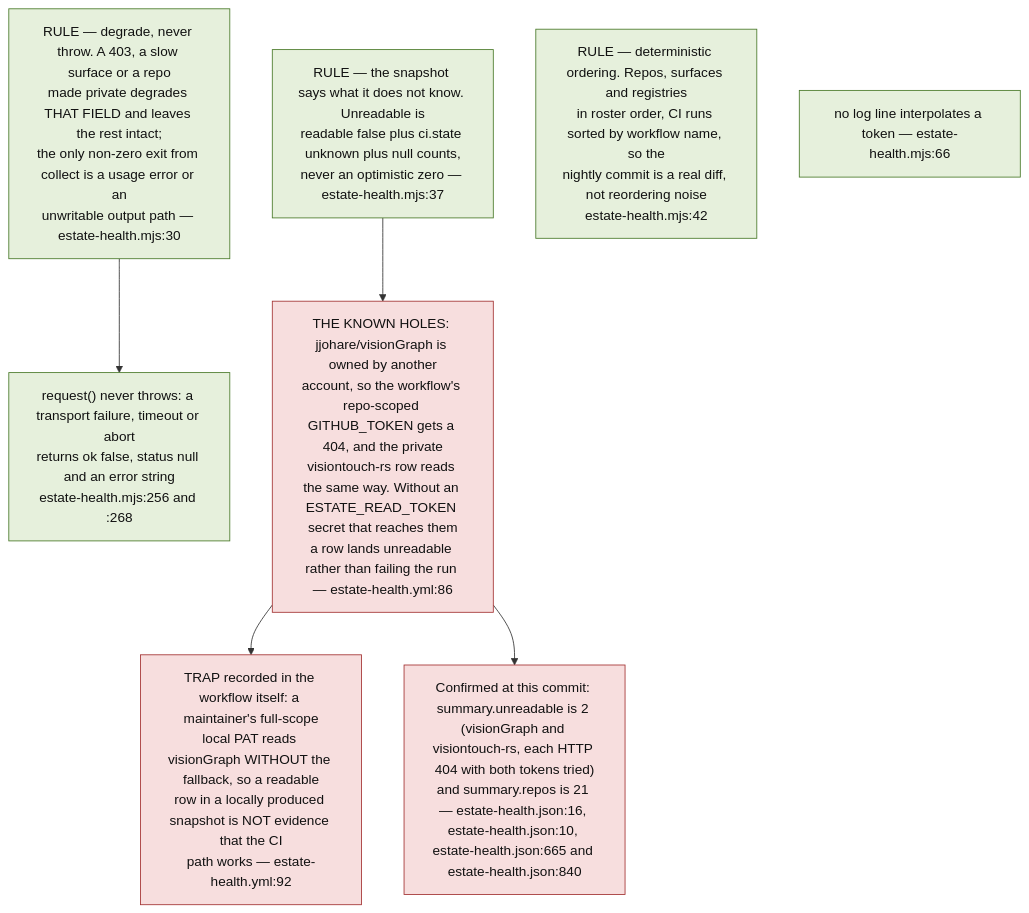
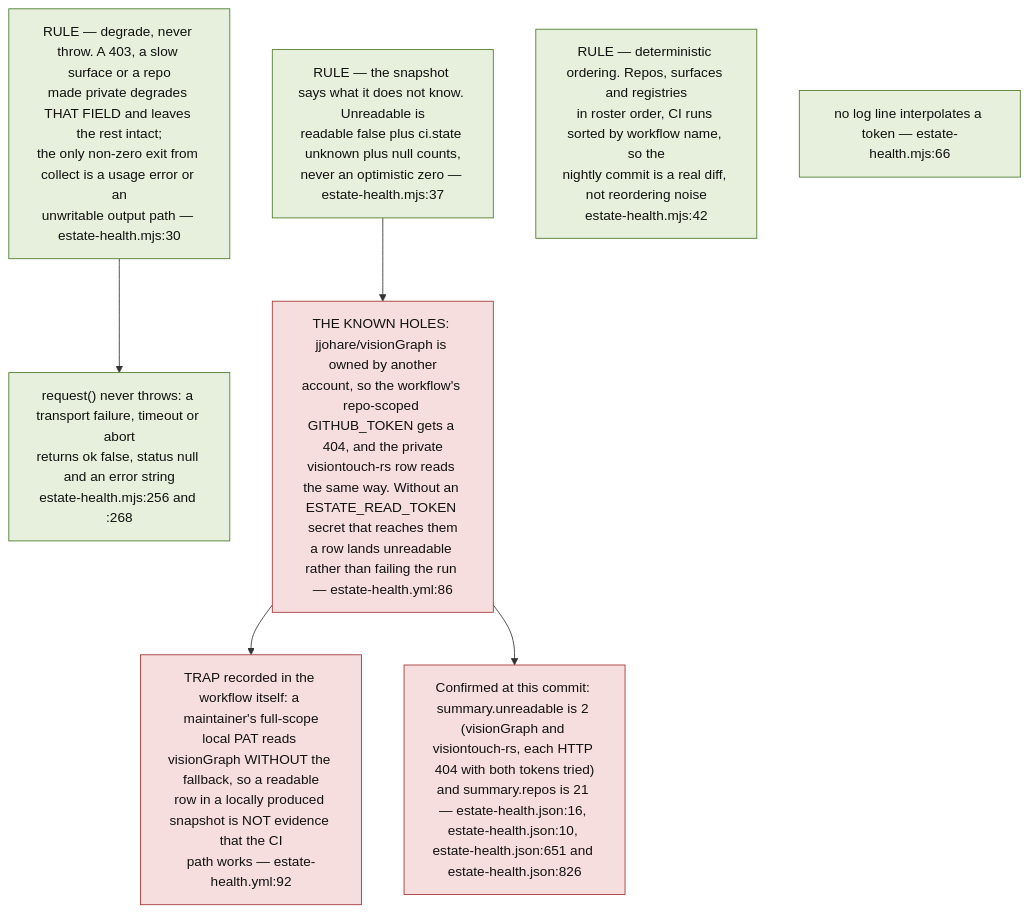
One commit to DreamLab-AI/VisionFlow changed the fifth of 9 diagrams in docs/diagrams/visionflow/03-estate-health.md. Above: the diagram before and after it, drawn with Mermaid. The commit also changed other lines of this file and 70 other files, not shown here.

First line of the commit message:
docs(diagrams): re-verify 69 topics at current default-branch heads

````diff
--- a/docs/diagrams/visionflow/03-estate-health.md
+++ b/docs/diagrams/visionflow/03-estate-health.md
@@ -175,20 +175,20 @@
 ```mermaid
 flowchart TB
     classDef rule fill:#e6f0dc,stroke:#4a7a2a,color:#111
     classDef bad fill:#f7dede,stroke:#a33333,color:#111
 
     R1["RULE — degrade, never throw. A 403, a slow surface or a repo<br/>made private degrades THAT FIELD and leaves the rest intact;<br/>the only non-zero exit from collect is a usage error or an<br/>unwritable output path — estate-health.mjs:30"]:::rule
     R2["RULE — the snapshot says what it does not know. Unreadable is<br/>readable false plus ci.state unknown plus null counts,<br/>never an optimistic zero — estate-health.mjs:37"]:::rule
     R3["RULE — deterministic ordering. Repos, surfaces and registries<br/>in roster order, CI runs sorted by workflow name, so the<br/>nightly commit is a real diff, not reordering noise<br/>estate-health.mjs:42"]:::rule
 
     MECH["request() never throws: a transport failure, timeout or abort<br/>returns ok false, status null and an error string<br/>estate-health.mjs:256 and :268"]:::rule
     R1 --> MECH
     NOTOK["no log line interpolates a token — estate-health.mjs:66"]:::rule
 
     HOLE["THE KNOWN HOLES: jjohare/visionGraph is owned by another<br/>account, so the workflow's repo-scoped GITHUB_TOKEN gets a 404, and the private<br/>visiontouch-rs row reads the same way. Without an ESTATE_READ_TOKEN secret that reaches them<br/>a row lands unreadable rather than failing the run — estate-health.yml:86"]:::bad
     R2 --> HOLE
     TRAP["TRAP recorded in the workflow itself: a maintainer's full-scope<br/>local PAT reads visionGraph WITHOUT the fallback, so a readable<br/>row in a locally produced snapshot is NOT evidence that the CI<br/>path works — estate-health.yml:92"]:::bad
     HOLE --> TRAP
-    LIVE["Confirmed at this commit: summary.unreadable is 2 (visionGraph and visiontouch-rs, each HTTP 404 with both tokens tried)<br/>and summary.repos is 21 — estate-health.json:16, estate-health.json:10, estate-health.json:665 and estate-health.json:840"]:::bad
+    LIVE["Confirmed at this commit: summary.unreadable is 2 (visionGraph and visiontouch-rs, each HTTP 404 with both tokens tried)<br/>and summary.repos is 21 — estate-health.json:16, estate-health.json:10, estate-health.json:651 and estate-health.json:826"]:::bad
     HOLE --> LIVE
 ```
````
